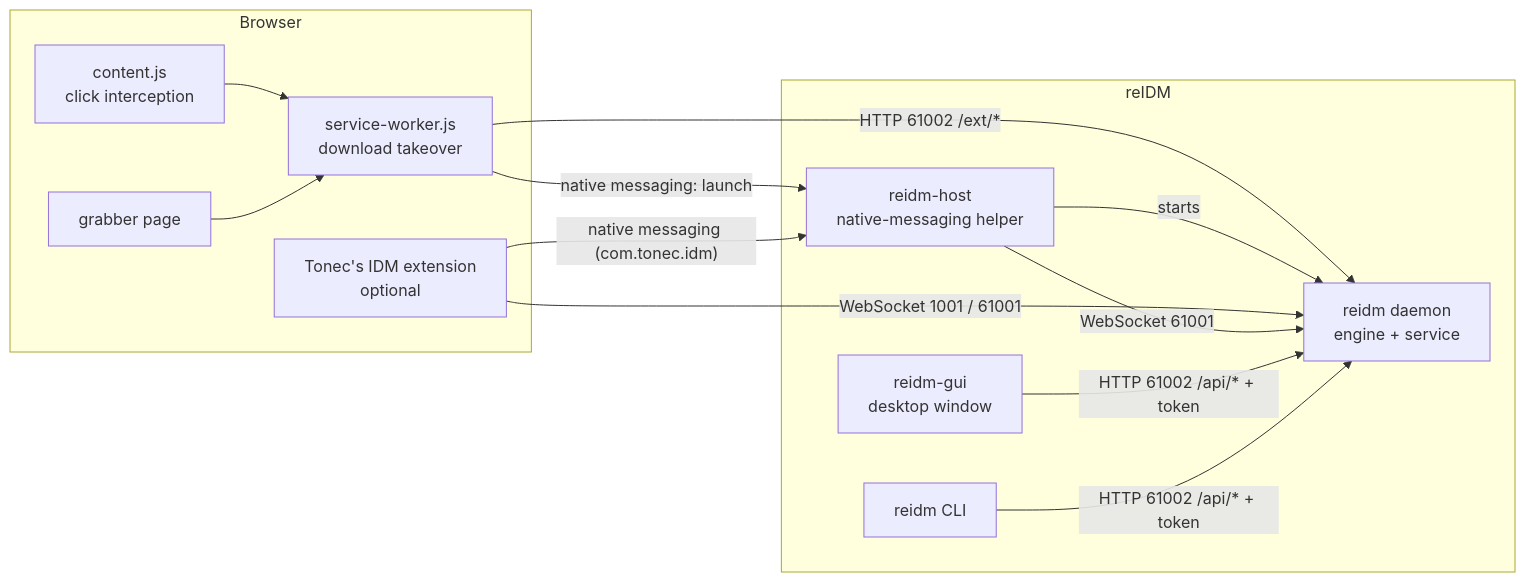
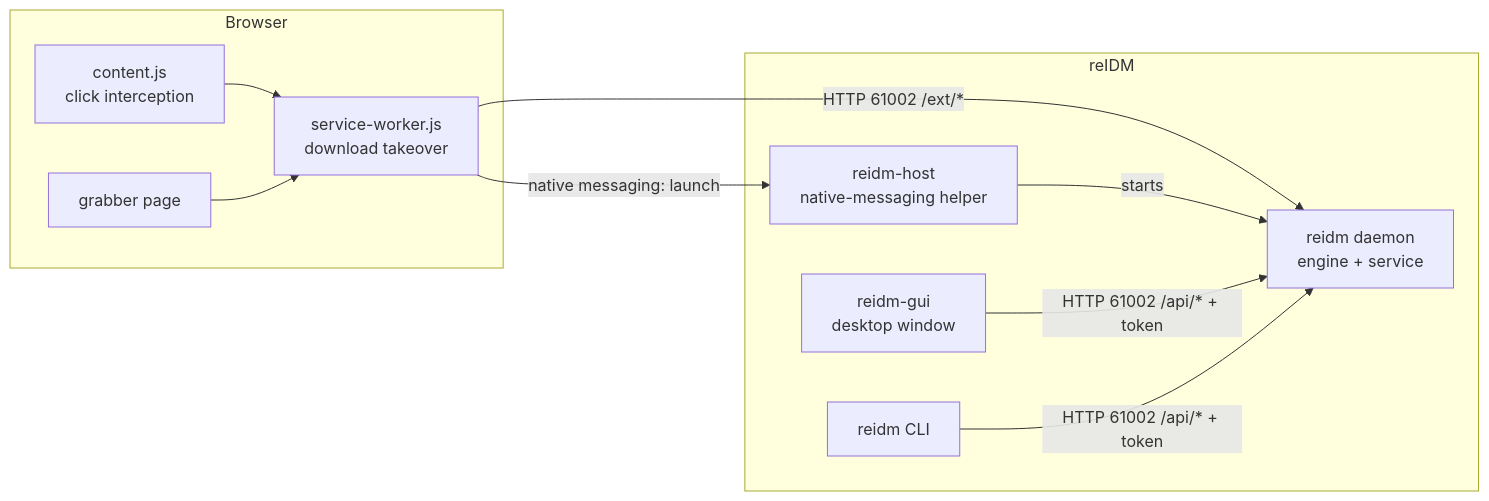
The first of 2 diagrams in docs/ARCHITECTURE.md (Zektopic/reIDM), drawn with Mermaid before and after one commit. The commit also changed other lines of this file and 95 other files, not shown here.

````diff
--- a/docs/ARCHITECTURE.md
+++ b/docs/ARCHITECTURE.md
@@ -15,25 +15,21 @@
 ```mermaid
 flowchart LR
   subgraph Browser
     CS[content.js<br>click interception]
     SW[service-worker.js<br>download takeover]
     GR[grabber page]
-    IDMX[Tonec's IDM extension<br>optional]
   end
   subgraph reIDM
     D[reidm daemon<br>engine + service]
     H[reidm-host<br>native-messaging helper]
     G[reidm-gui<br>desktop window]
     C[reidm CLI]
   end
   CS --> SW
   GR --> SW
   SW -- "HTTP 61002 /ext/*" --> D
   SW -- "native messaging: launch" --> H
   H -- "starts" --> D
-  IDMX -- "WebSocket 1001 / 61001" --> D
-  IDMX -- "native messaging (com.tonec.idm)" --> H
-  H -- "WebSocket 61001" --> D
   G -- "HTTP 61002 /api/* + token" --> D
   C -- "HTTP 61002 /api/* + token" --> D
 ```
````
